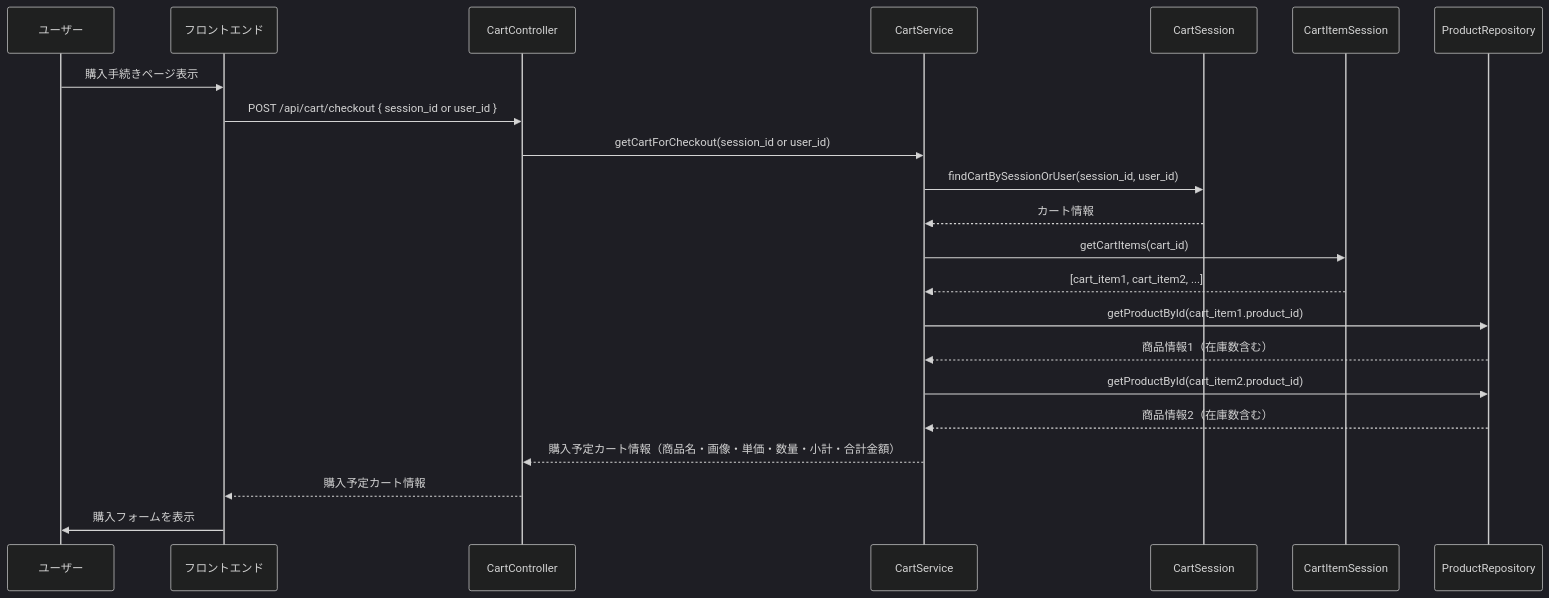
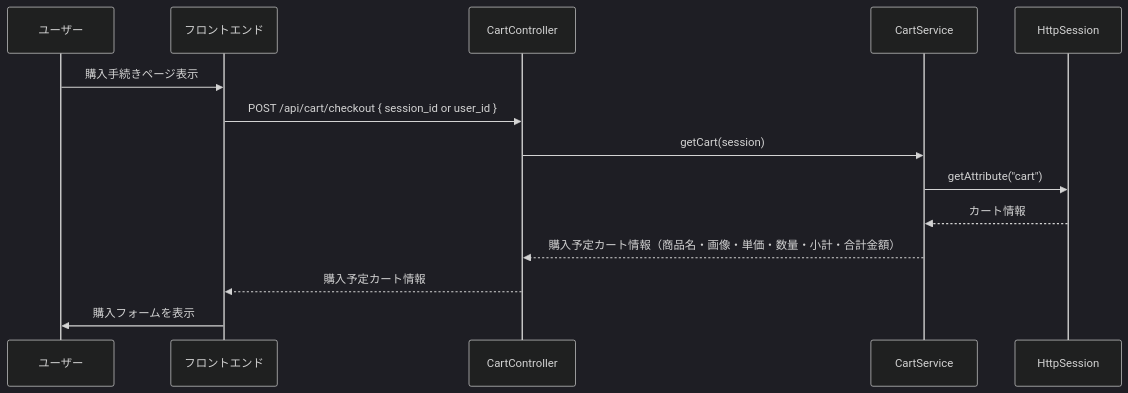
One commit to Aoi-Yaegashi/teamF changed the sixth of 35 diagrams in 詳細設計/担当B_村田/3.2 機能詳細.md. Above: the diagram before and after it, drawn with Mermaid (dark theme). The commit also changed other lines of this file and 1 other file, not shown here.

```diff
--- a/詳細設計/担当B_村田/3.2 機能詳細.md
+++ b/詳細設計/担当B_村田/3.2 機能詳細.md
@@ -248,46 +230,29 @@
 <div class="mermaid">
 sequenceDiagram
     participant User as ユーザー
     participant FE as フロントエンド
     participant CartC as CartController
     participant CartS as CartService
-    participant CartRepo as CartSession
-    participant CartItemRepo as CartItemSession
-    participant ProdRepo as ProductRepository
+    participant CartRepo as HttpSession
 
     %% ユーザーが「購入手続き」ページを表示
     User->>FE: 購入手続きページ表示
 
     %% フロントエンドがAPI呼び出し
     FE->>CartC: POST /api/cart/checkout { session_id or user_id }
 
     %% コントローラがサービスに処理を依頼
-    CartC->>CartS: getCartForCheckout(session_id or user_id)
+    CartC->>CartS: getCart(session)
 
     %% サービスがカート情報を取得
-    CartS->>CartRepo: findCartBySessionOrUser(session_id, user_id)
+    CartS->>CartRepo: getAttribute("cart")
     CartRepo-->>CartS: カート情報
 
-    %% サービスがカートアイテム一覧を取得
-    CartS->>CartItemRepo: getCartItems(cart_id)
-    CartItemRepo-->>CartS: [cart_item1, cart_item2, ...]
-
-    %% サービスが1つめのカートアイテムの商品情報を取得し在庫チェック
-    CartS->>ProdRepo: getProductById(cart_item1.product_id)
-    ProdRepo-->>CartS: 商品情報1（在庫数含む）
-
-    %% サービスが2つめのカートアイテムの商品情報を取得し在庫チェック
-    CartS->>ProdRepo: getProductById(cart_item2.product_id)
-    ProdRepo-->>CartS: 商品情報2（在庫数含む）
-
-    %% （カートアイテムがさらにあれば同様に記述）
-
-    %% 在庫OKの場合、購入予定カート情報をまとめて返却
     CartS-->>CartC: 購入予定カート情報（商品名・画像・単価・数量・小計・合計金額）
 
     %% コントローラがフロントエンドに返却
     CartC-->>FE: 購入予定カート情報
 
     %% フロントエンドが購入フォームを表示
     FE->>User: 購入フォームを表示
 </div>
```
